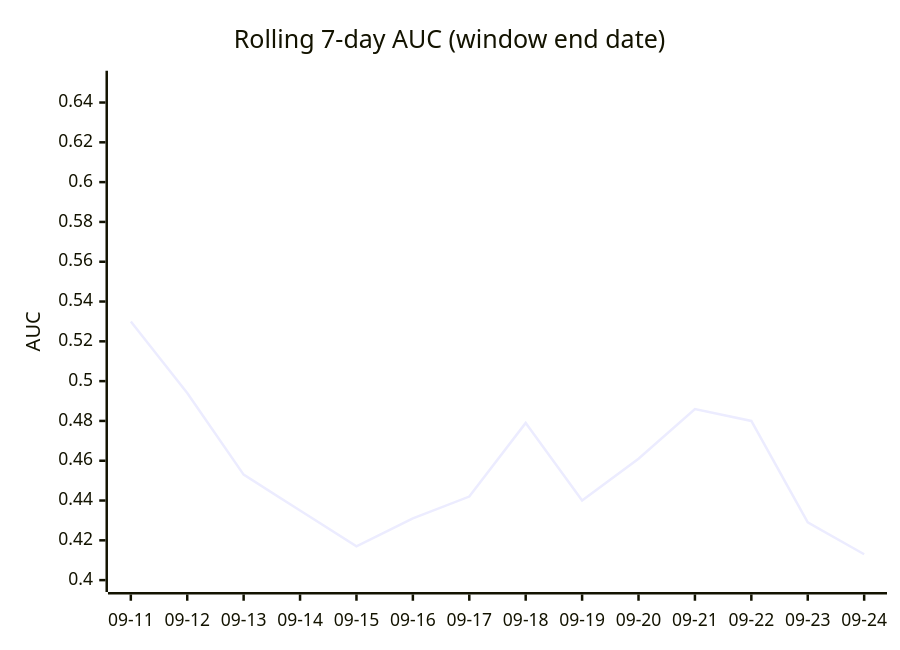
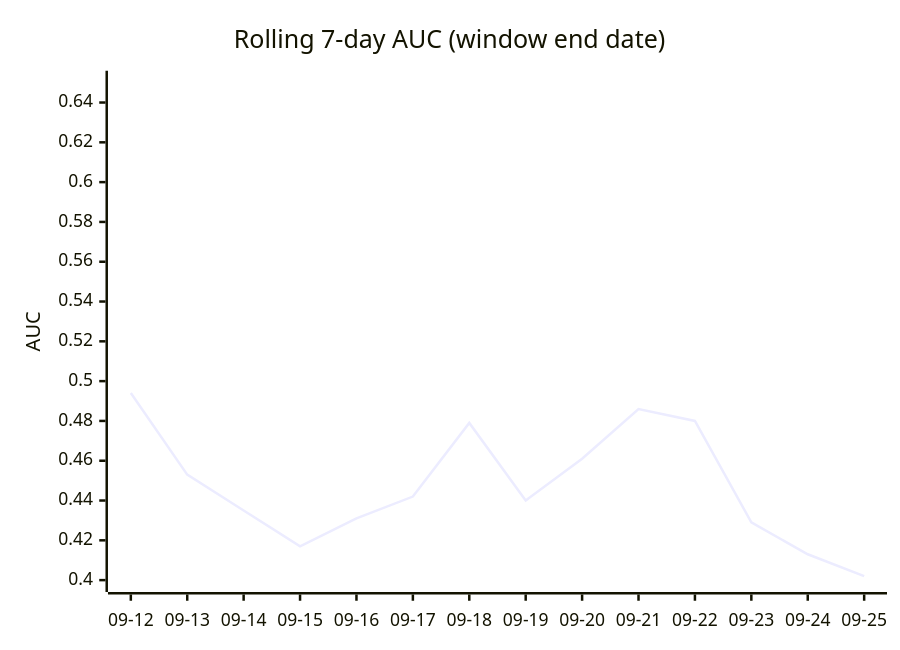
One commit to dpk1212/nhl-savant changed the third of 4 diagrams in DAILY_AGSU_REPORT.md. Above: the diagram before and after it, drawn with Mermaid. The commit also changed other lines of this file, not shown here.

````diff
--- a/DAILY_AGSU_REPORT.md
+++ b/DAILY_AGSU_REPORT.md
@@ -861,7 +861,7 @@
 ```mermaid
 xychart-beta
     title "Rolling 7-day AUC (window end date)"
-    x-axis ["09-11", "09-12", "09-13", "09-14", "09-15", "09-16", "09-17", "09-18", "09-19", "09-20", "09-21", "09-22", "09-23", "09-24"]
+    x-axis ["09-12", "09-13", "09-14", "09-15", "09-16", "09-17", "09-18", "09-19", "09-20", "09-21", "09-22", "09-23", "09-24", "09-25"]
     y-axis "AUC" 0.4 --> 0.65
-    line [0.53, 0.494, 0.453, 0.435, 0.417, 0.431, 0.442, 0.479, 0.44, 0.461, 0.486, 0.48, 0.429, 0.413]
+    line [0.494, 0.453, 0.435, 0.417, 0.431, 0.442, 0.479, 0.44, 0.461, 0.486, 0.48, 0.429, 0.413, 0.402]
 ```
````
